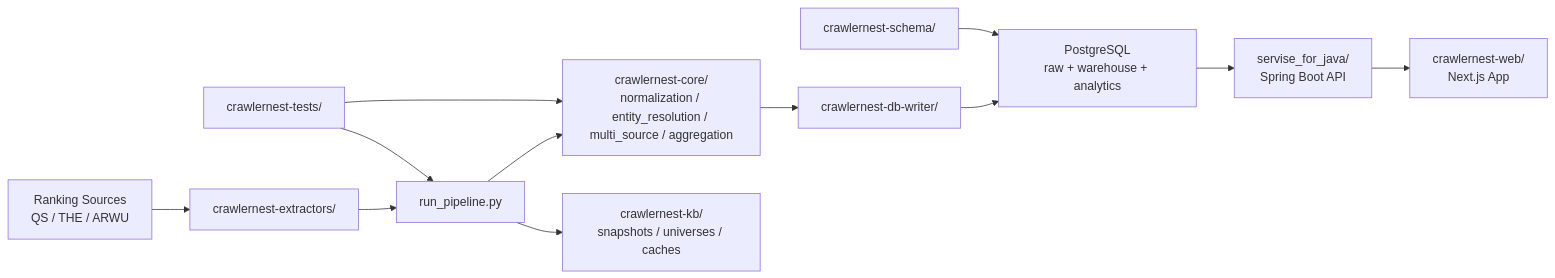
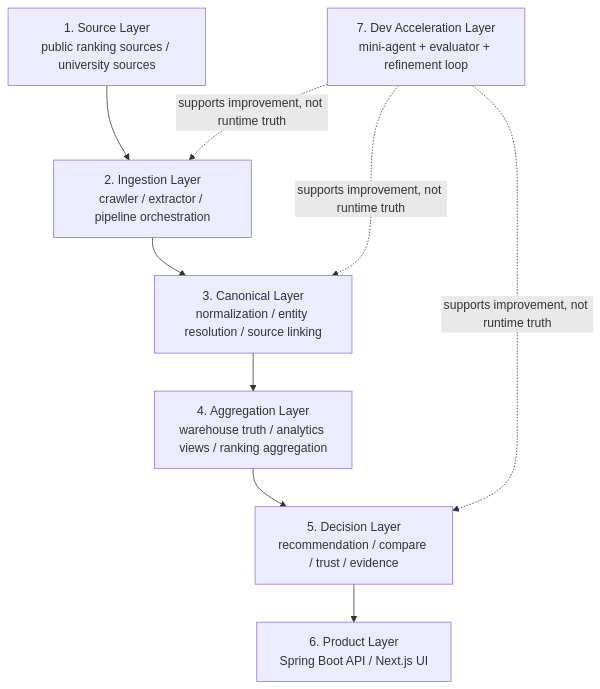
Before and after one commit to heinricitorgau/CrawlerNest: the second of 10 diagrams in docs/REPO_STRUCTURE.md, drawn with Mermaid. The commit also changed other lines of this file, not shown here.

````diff
--- a/docs/REPO_STRUCTURE.md
+++ b/docs/REPO_STRUCTURE.md
@@ -38,15 +97,15 @@
 ```mermaid
-flowchart LR
-    S["Ranking Sources<br/>QS / THE / ARWU"] --> X["crawlernest-extractors/"]
-    X --> P["run_pipeline.py"]
-    P --> C["crawlernest-core/<br/>normalization / entity_resolution / multi_source / aggregation"]
-    C --> W["crawlernest-db-writer/"]
-    W --> DB["PostgreSQL<br/>raw + warehouse + analytics"]
-    DB --> API["servise_for_java/<br/>Spring Boot API"]
-    API --> WEB["crawlernest-web/<br/>Next.js App"]
+flowchart TB
+    L1["1. Source Layer<br/>public ranking sources / university sources"]
+    L2["2. Ingestion Layer<br/>crawler / extractor / pipeline orchestration"]
+    L3["3. Canonical Layer<br/>normalization / entity resolution / source linking"]
+    L4["4. Aggregation Layer<br/>warehouse truth / analytics views / ranking aggregation"]
+    L5["5. Decision Layer<br/>recommendation / compare / trust / evidence"]
+    L6["6. Product Layer<br/>Spring Boot API / Next.js UI"]
+    L7["7. Dev Acceleration Layer<br/>mini-agent + evaluator + refinement loop"]
 
-    P --> KB["crawlernest-kb/<br/>snapshots / universes / caches"]
-    K["crawlernest-schema/"] --> DB
-    T["crawlernest-tests/"] --> P
-    T --> C
+    L1 --> L2 --> L3 --> L4 --> L5 --> L6
+    L7 -. supports improvement, not runtime truth .-> L2
+    L7 -. supports improvement, not runtime truth .-> L3
+    L7 -. supports improvement, not runtime truth .-> L5
 ```
````
